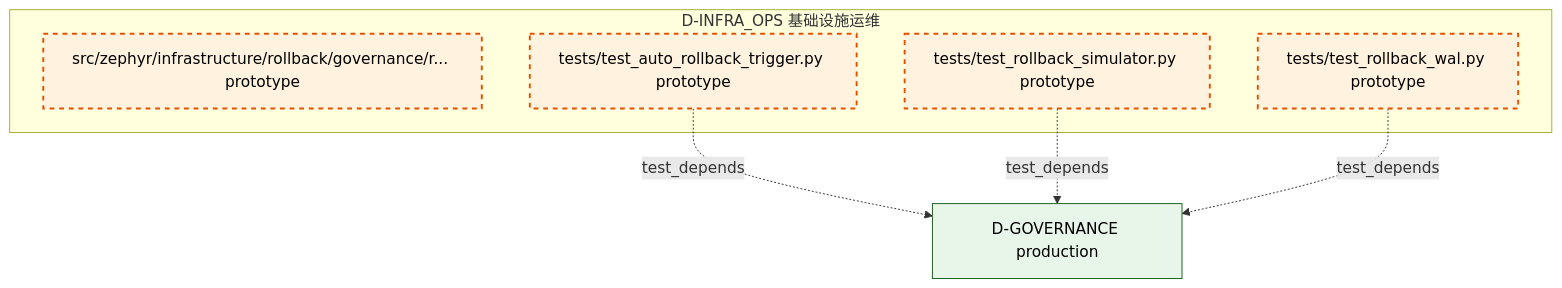
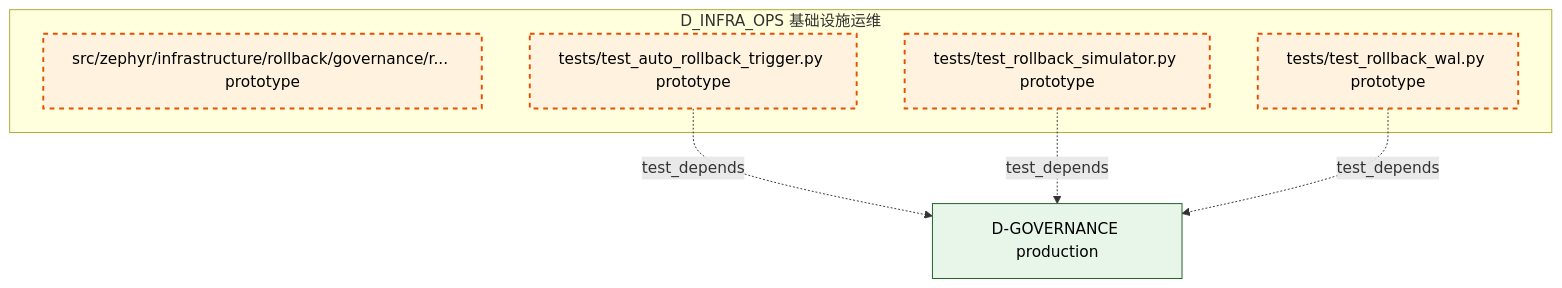
One commit to xuanFelixVan/ZephyrAlpha changed the second of 2 diagrams in docs/02_enterprise_architecture/02_domain_architecture_docs/02_d_infra_ops.md. Above: the diagram before and after it, drawn with Mermaid. The commit also changed other lines of this file and 409 other files, not shown here.

````diff
--- a/docs/02_enterprise_architecture/02_domain_architecture_docs/02_d_infra_ops.md
+++ b/docs/02_enterprise_architecture/02_domain_architecture_docs/02_d_infra_ops.md
@@ -120,19 +120,19 @@
 ```mermaid
 graph TD
-    subgraph D_INFRA_OPS["D-INFRA_OPS 基础设施运维"]
+    subgraph D_INFRA_OPS["D_INFRA_OPS 基础设施运维"]
         src_zephyr_infrastructure_rollback_governance_result_types_py["src/zephyr/infrastructure/rollback/governance/r... prototype"]
         tests_test_auto_rollback_trigger_py["tests/test_auto_rollback_trigger.py prototype"]
         tests_test_rollback_simulator_py["tests/test_rollback_simulator.py prototype"]
         tests_test_rollback_wal_py["tests/test_rollback_wal.py prototype"]
     end
     D_GOVERNANCE["D-GOVERNANCE production"]
     tests_test_auto_rollback_trigger_py -.->|test_depends| D_GOVERNANCE
     tests_test_rollback_simulator_py -.->|test_depends| D_GOVERNANCE
     tests_test_rollback_wal_py -.->|test_depends| D_GOVERNANCE
     classDef production fill:#e1f5fe,stroke:#01579b,stroke-width:2px,color:#000
     classDef design fill:#fff3e0,stroke:#e65100,stroke-width:2px,color:#000,stroke-dasharray: 5 5
     classDef external_prod fill:#e8f5e9,stroke:#1b5e20,stroke-width:1px,color:#000
     classDef external_design fill:#fce4ec,stroke:#880e4f,stroke-width:1px,color:#000,stroke-dasharray: 5 5
     class src_zephyr_infrastructure_rollback_governance_result_types_py,tests_test_auto_rollback_trigger_py,tests_test_rollback_simulator_py,tests_test_rollback_wal_py design
     class D_GOVERNANCE external_prod
 ```
````
